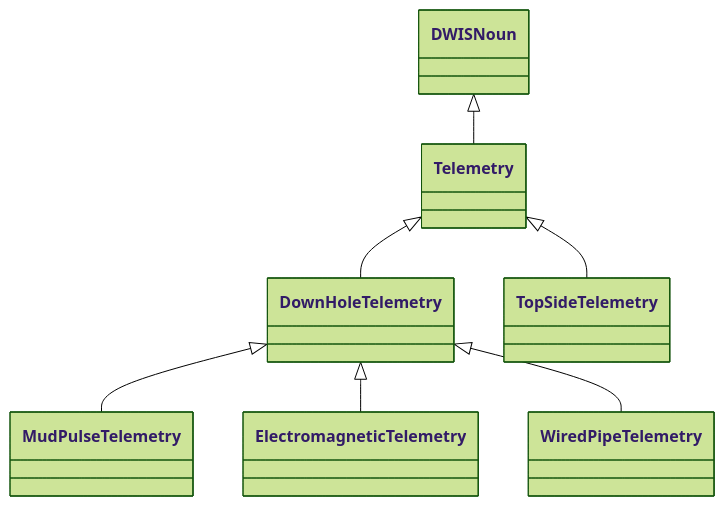
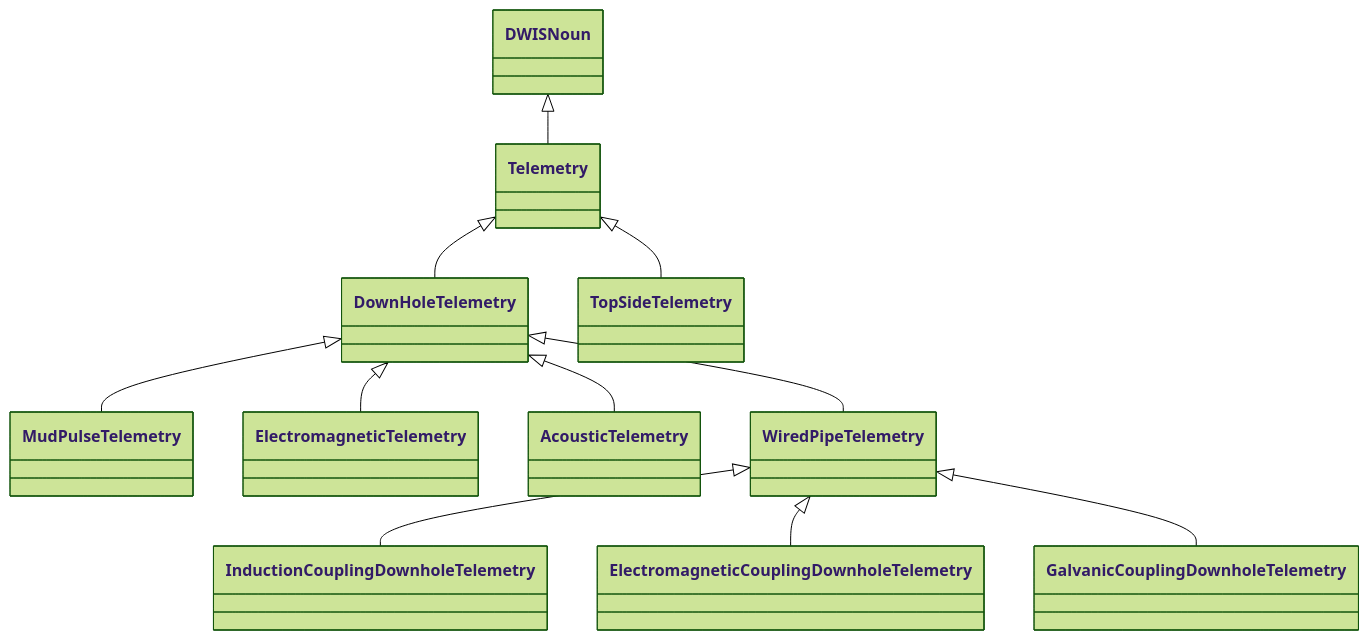
Before and after one commit to D-WIS/DDHub-Semantic-Interoperability: the first of 14 diagrams in docs/vocabulary_development/auto-generated/md/definition-files/DataTransmission.md, drawn with Mermaid (forest theme). The commit also changed other lines of this file and 7 other files, not shown here.

````diff
--- a/docs/vocabulary_development/auto-generated/md/definition-files/DataTransmission.md
+++ b/docs/vocabulary_development/auto-generated/md/definition-files/DataTransmission.md
@@ -8,9 +8,13 @@
 ```mermaid
 classDiagram
 DWISNoun <|-- Telemetry
 Telemetry <|-- DownHoleTelemetry
 DownHoleTelemetry <|-- MudPulseTelemetry
 DownHoleTelemetry <|-- ElectromagneticTelemetry
+DownHoleTelemetry <|-- AcousticTelemetry
 DownHoleTelemetry <|-- WiredPipeTelemetry
+WiredPipeTelemetry <|-- InductionCouplingDownholeTelemetry
+WiredPipeTelemetry <|-- ElectromagneticCouplingDownholeTelemetry
+WiredPipeTelemetry <|-- GalvanicCouplingDownholeTelemetry
 Telemetry <|-- TopSideTelemetry
 ```
````
